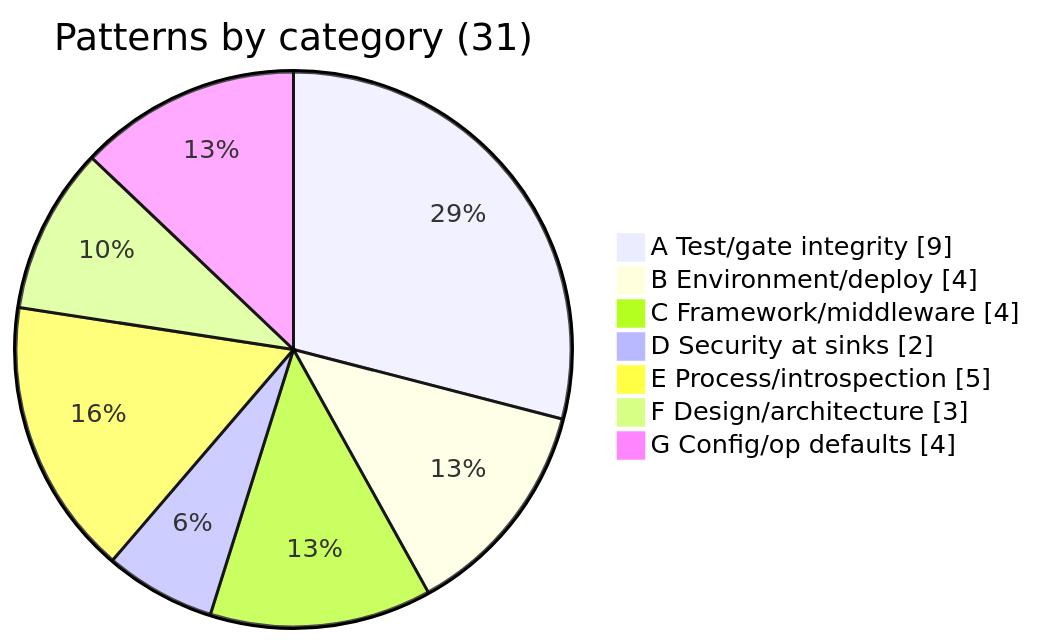
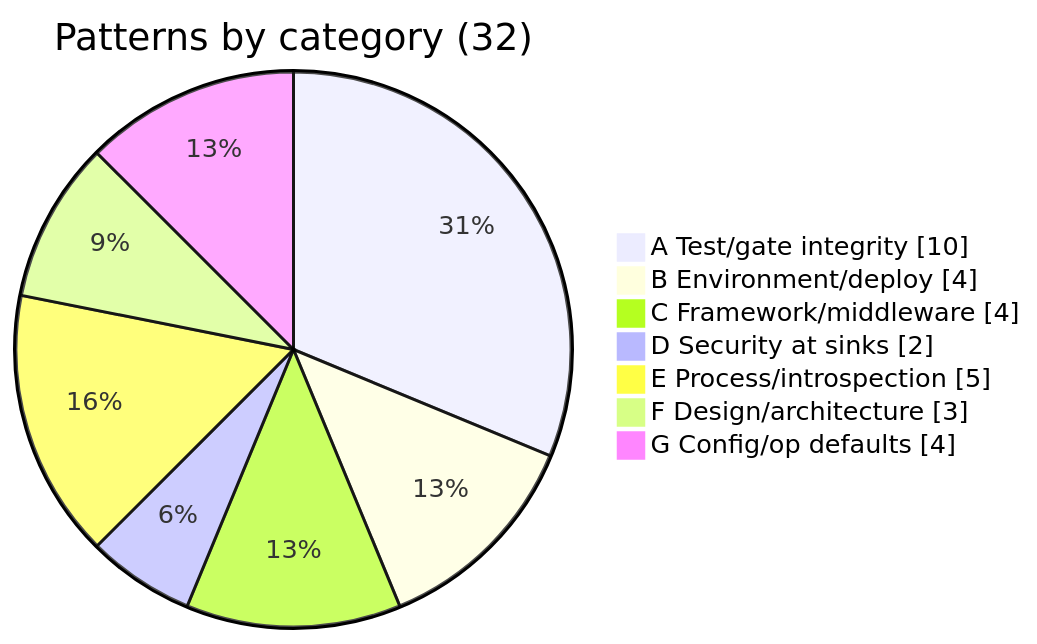
Before and after one commit to pranems/SCIMServer: the second of 2 diagrams in docs/strategy/ENGINEERING_LESSONS_AND_PATTERNS.md, drawn with Mermaid. The commit also changed other lines of this file and 21 other files, not shown here.

````diff
--- a/docs/strategy/ENGINEERING_LESSONS_AND_PATTERNS.md
+++ b/docs/strategy/ENGINEERING_LESSONS_AND_PATTERNS.md
@@ -106,11 +106,11 @@
 ```mermaid
 pie showData
-    title Patterns by category (31)
-    "A Test/gate integrity" : 9
+    title Patterns by category (32)
+    "A Test/gate integrity" : 10
     "B Environment/deploy" : 4
     "C Framework/middleware" : 4
     "D Security at sinks" : 2
     "E Process/introspection" : 5
     "F Design/architecture" : 3
     "G Config/op defaults" : 4
 ```
````
